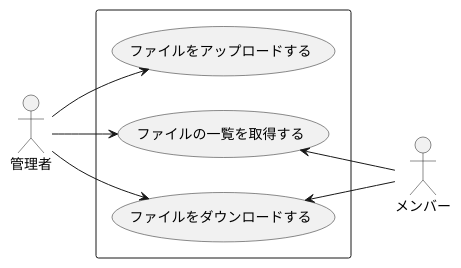
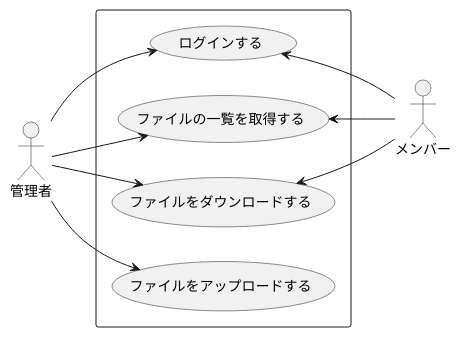
One commit to HiromuSaito/cognito-sample changed the diagram in usecase.puml. Above: the diagram before and after it, drawn with PlantUML. The commit also changed 1 other file, not shown here.

Commit message:
fix:READMEのユースケース図を修正

```diff
--- a/usecase.puml
+++ b/usecase.puml
@@ -1,13 +1,15 @@
-@startuml
+@startuml usecase
 left to right direction
 
-actor :管理者:
+actor 管理者
 actor メンバー
 rectangle {
-   管理者 --> (ファイルをアップロードする)
-   管理者 --> (ファイルの一覧を取得する)
-   管理者 --> (ファイルをダウンロードする)
+    管理者 --> (ログインする)
+    管理者 --> (ファイルの一覧を取得する)
+    管理者 --> (ファイルをダウンロードする)
+    管理者 --> (ファイルをアップロードする)
+    (ログインする) <-- メンバー
     (ファイルをダウンロードする) <-- メンバー
     (ファイルの一覧を取得する) <-- メンバー
 }
 @enduml
```
